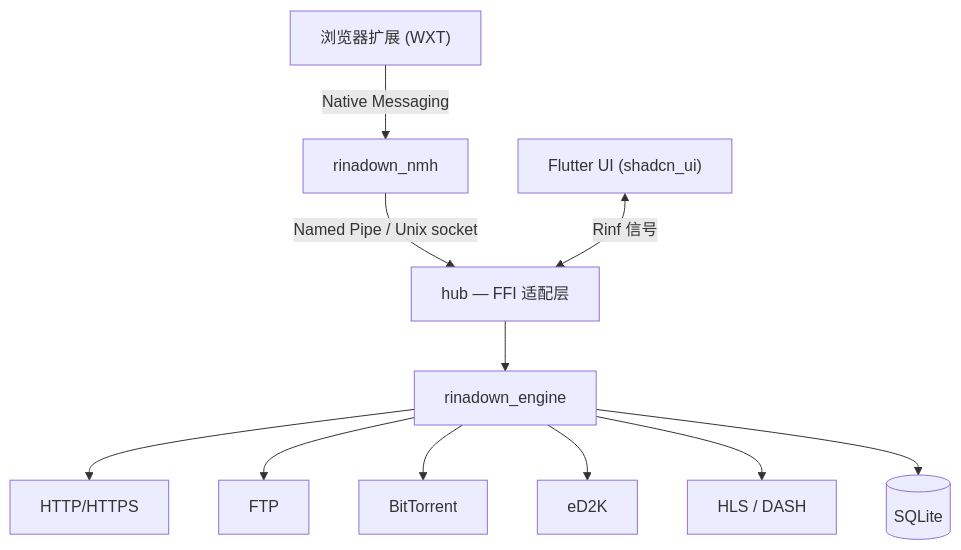
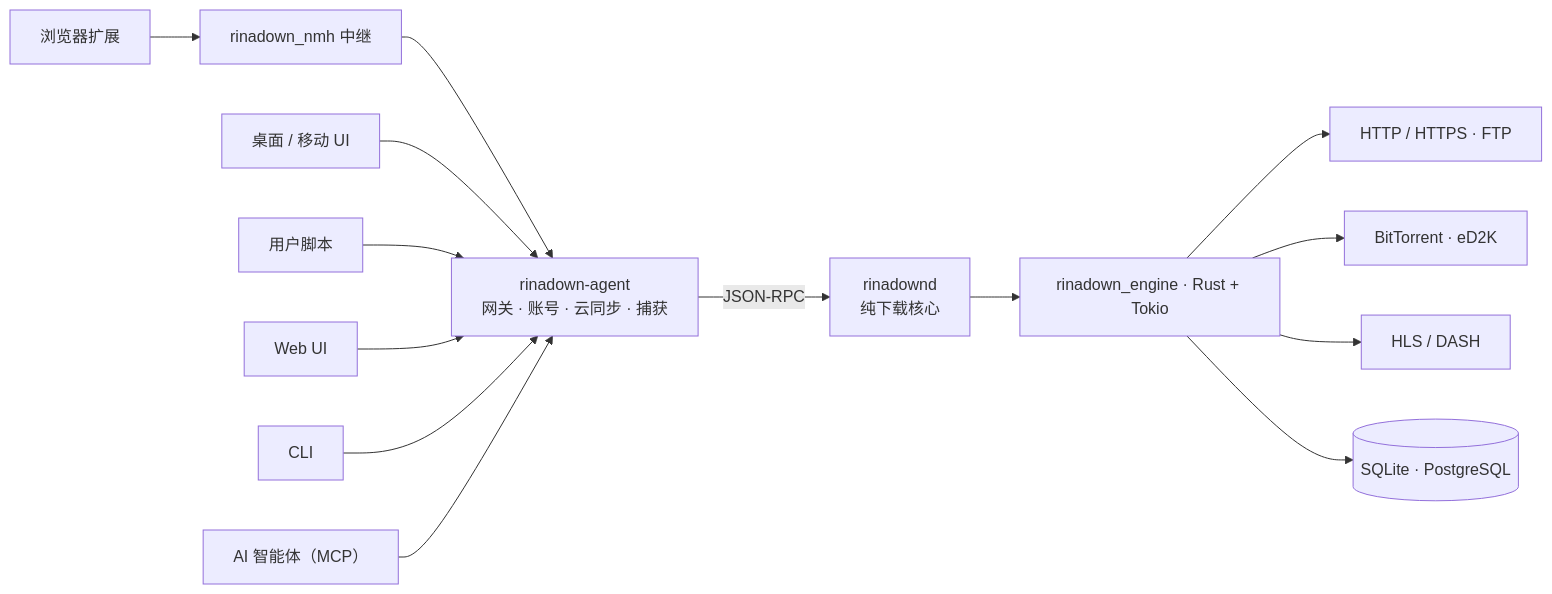
One commit to shengengfun/RinaDown changed the diagram in README.zh-CN.md. Above: the diagram before and after it, drawn with Mermaid. The commit also changed other lines of this file and 1 other file, not shown here.

First line of the commit message:
docs(readme): rewrite README for the one-engine-many-hosts architecture

````diff
--- a/README.zh-CN.md
+++ b/README.zh-CN.md
@@ -136,13 +161,17 @@
 ```mermaid
-flowchart TD
-    EXT["浏览器扩展 (WXT)"] -->|Native Messaging| NMH["rinadown_nmh"]
-    NMH -->|Named Pipe / Unix socket| HUB
-    UI["Flutter UI (shadcn_ui)"] <-->|Rinf 信号| HUB["hub — FFI 适配层"]
-    HUB --> ENGINE["rinadown_engine"]
-    ENGINE --> HTTP["HTTP/HTTPS"]
-    ENGINE --> FTP["FTP"]
-    ENGINE --> BT["BitTorrent"]
-    ENGINE --> ED2K["eD2K"]
-    ENGINE --> HLS["HLS / DASH"]
-    ENGINE --> DB[("SQLite")]
+flowchart LR
+    AGENT["rinadown-agent<br/>网关 · 账号 · 云同步 · 捕获"]
+    DAEMON["rinadownd<br/>纯下载核心"]
+    ENGINE["rinadown_engine · Rust + Tokio"]
+    EXT["浏览器扩展"] --> NMH["rinadown_nmh 中继"] --> AGENT
+    UI["桌面 / 移动 UI"] --> AGENT
+    US["用户脚本"] --> AGENT
+    WEB["Web UI"] --> AGENT
+    CLI["CLI"] --> AGENT
+    AI["AI 智能体（MCP）"] --> AGENT
+    AGENT -->|JSON-RPC| DAEMON --> ENGINE
+    ENGINE --> P1["HTTP / HTTPS · FTP"]
+    ENGINE --> P2["BitTorrent · eD2K"]
+    ENGINE --> P3["HLS / DASH"]
+    ENGINE --> DB[("SQLite · PostgreSQL")]
 ```
````
